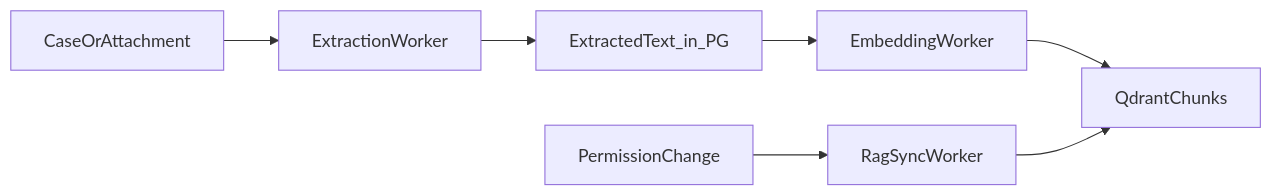
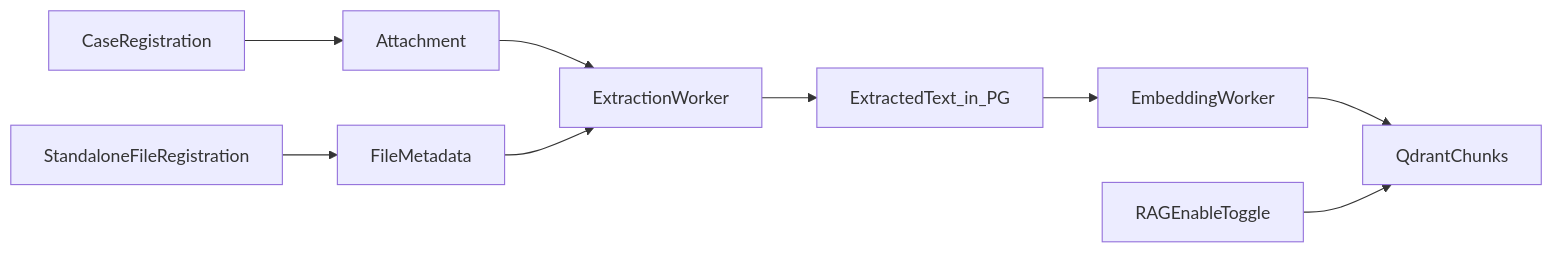
The diagram in docs/16-rag-admin-guide.md (matrix9neonebuchadnezzar2199-sketch/Aisss), drawn with Mermaid before and after one commit. The commit also changed other lines of this file and 3 other files, not shown here.

First line of the commit message:
ui(mockup): RAG admin tree, standalone file registration, sidebar align

````diff
--- a/docs/16-rag-admin-guide.md
+++ b/docs/16-rag-admin-guide.md
@@ -19,9 +55,11 @@
 ```mermaid
 flowchart LR
-  case[CaseOrAttachment] --> extract[ExtractionWorker]
+  regCase[CaseRegistration] --> attach[Attachment]
+  regStandalone[StandaloneFileRegistration] --> fileMeta[FileMetadata]
+  attach --> extract[ExtractionWorker]
+  fileMeta --> extract
   extract --> text[ExtractedText_in_PG]
   text --> embed[EmbeddingWorker]
   embed --> vector[QdrantChunks]
-  perm[PermissionChange] --> sync[RagSyncWorker]
-  sync --> vector
+  ragToggle[RAGEnableToggle] --> vector
 ```
````
